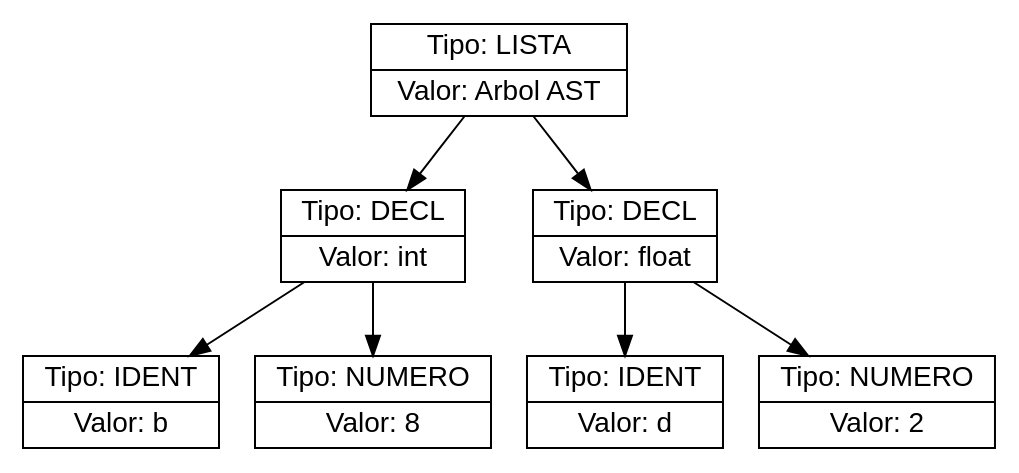
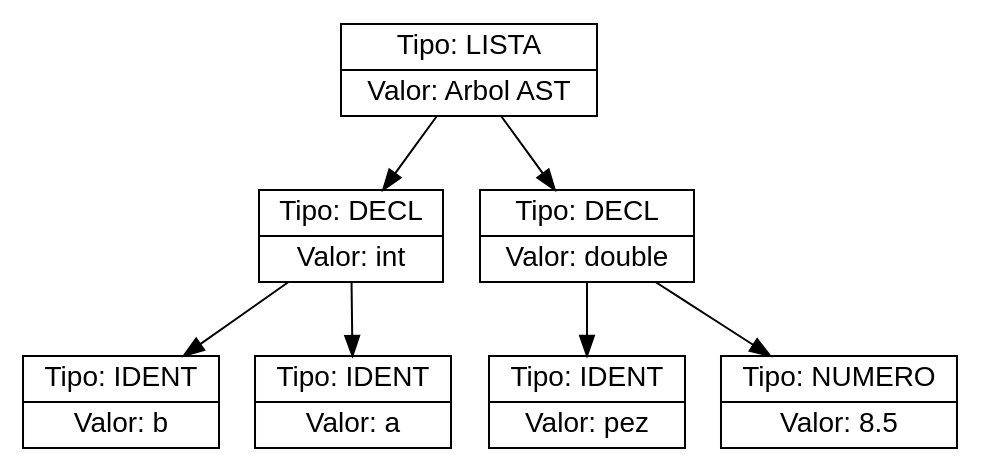
The diagram in ast.dot (Farot30/OLC2_2s2025_202307820), drawn with Graphviz before and after one commit. The commit also changed 21 other files, not shown here.

```diff
--- a/ast.dot
+++ b/ast.dot
@@ -1,16 +1,16 @@
 digraph AST {
   node [shape=record,fontname="Helvetica"];
-  n0x5b52346b89d0 [label="{Tipo: LISTA|Valor: Arbol AST}"];
-  n0x5b52346b89d0 -> n0x5b52347dec00;
-  n0x5b52347dec00 [label="{Tipo: DECL|Valor: int}"];
-  n0x5b52347dec00 -> n0x5b5234441630;
-  n0x5b5234441630 [label="{Tipo: IDENT|Valor: b}"];
-  n0x5b52347dec00 -> n0x5b5234709e20;
-  n0x5b5234709e20 [label="{Tipo: NUMERO|Valor: 8}"];
-  n0x5b52346b89d0 -> n0x5b52343c8b10;
-  n0x5b52343c8b10 [label="{Tipo: DECL|Valor: float}"];
-  n0x5b52343c8b10 -> n0x5b52346b8800;
-  n0x5b52346b8800 [label="{Tipo: IDENT|Valor: d}"];
-  n0x5b52343c8b10 -> n0x5b52347f3630;
-  n0x5b52347f3630 [label="{Tipo: NUMERO|Valor: 2}"];
+  n0x5c97509c4260 [label="{Tipo: LISTA|Valor: Arbol AST}"];
+  n0x5c97509c4260 -> n0x5c9750b3fe30;
+  n0x5c9750b3fe30 [label="{Tipo: DECL|Valor: int}"];
+  n0x5c9750b3fe30 -> n0x5c9750b46720;
+  n0x5c9750b46720 [label="{Tipo: IDENT|Valor: b}"];
+  n0x5c9750b3fe30 -> n0x5c9750ad5490;
+  n0x5c9750ad5490 [label="{Tipo: IDENT|Valor: a}"];
+  n0x5c97509c4260 -> n0x5c97508fa800;
+  n0x5c97508fa800 [label="{Tipo: DECL|Valor: double}"];
+  n0x5c97508fa800 -> n0x5c975090b000;
+  n0x5c975090b000 [label="{Tipo: IDENT|Valor: pez}"];
+  n0x5c97508fa800 -> n0x5c97509b60f0;
+  n0x5c97509b60f0 [label="{Tipo: NUMERO|Valor: 8.5}"];
 }
```
